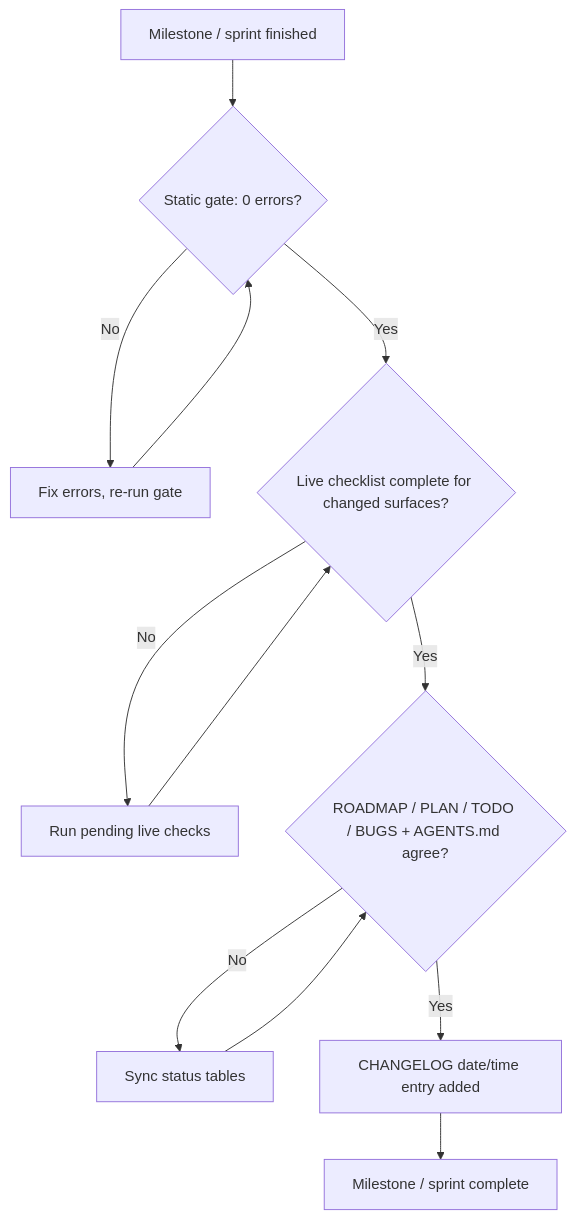
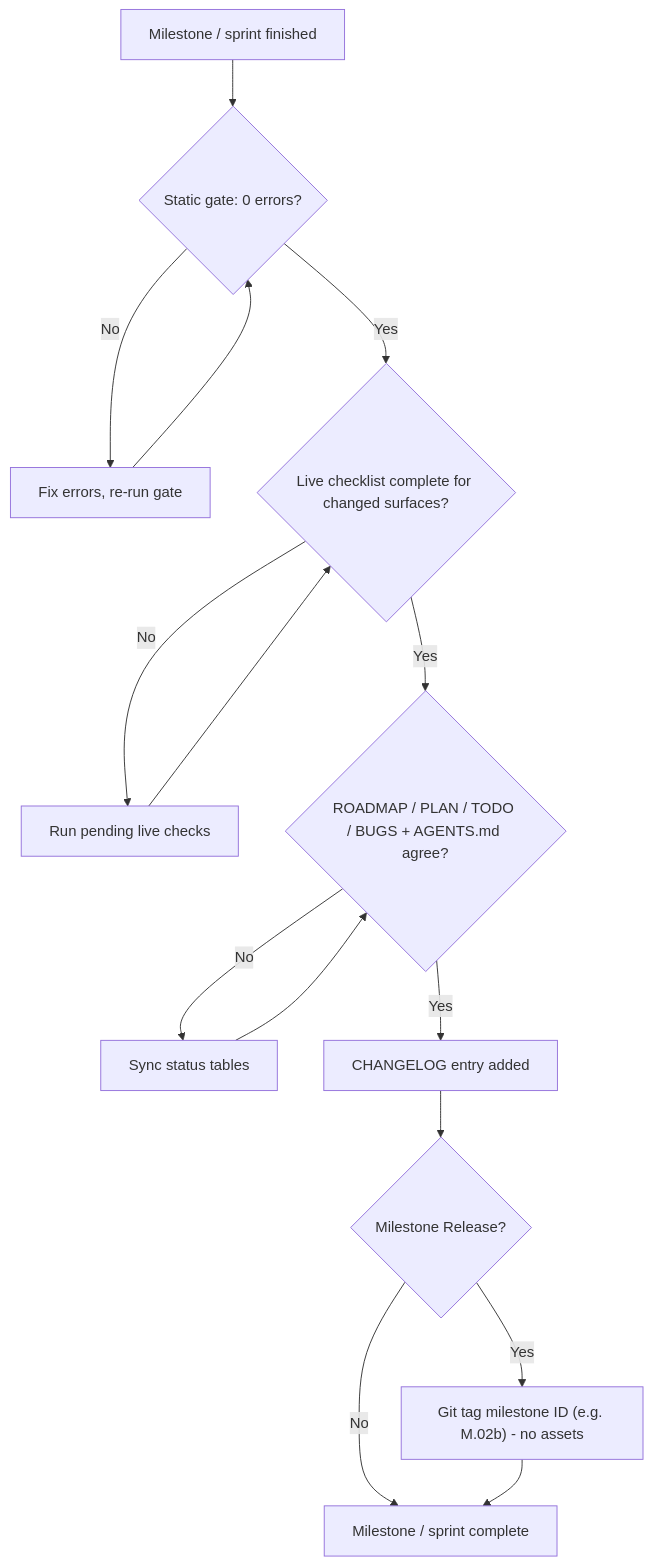
One commit to HELIX-Origin/Windhawk-Command-Center-Suite changed the diagram in .agents/rules/milestone-standards.md. Above: the diagram before and after it, drawn with Mermaid. The commit also changed other lines of this file and 113 other files, not shown here.

````diff
--- a/.agents/rules/milestone-standards.md
+++ b/.agents/rules/milestone-standards.md
@@ -61,14 +67,17 @@
 ```mermaid
 flowchart TD
     M["Milestone / sprint finished"] --> G1{"Static gate: 0 errors?"}
     G1 -->|"No"| Fix["Fix errors, re-run gate"]
     Fix --> G1
     G1 -->|"Yes"| G2{"Live checklist complete for changed surfaces?"}
     G2 -->|"No"| Live["Run pending live checks"]
     Live --> G2
     G2 -->|"Yes"| G3{"ROADMAP / PLAN / TODO / BUGS + AGENTS.md agree?"}
     G3 -->|"No"| Sync["Sync status tables"]
     Sync --> G3
-    G3 -->|"Yes"| G4["CHANGELOG date/time entry added"]
-    G4 --> Done["Milestone / sprint complete"]
+    G3 -->|"Yes"| G4["CHANGELOG entry added"]
+    G4 --> Rel{"Milestone Release?"}
+    Rel -->|"Yes"| Tag["Git tag milestone ID (e.g. M.02b) - no assets"]
+    Rel -->|"No"| Done["Milestone / sprint complete"]
+    Tag --> Done
 ```
````
